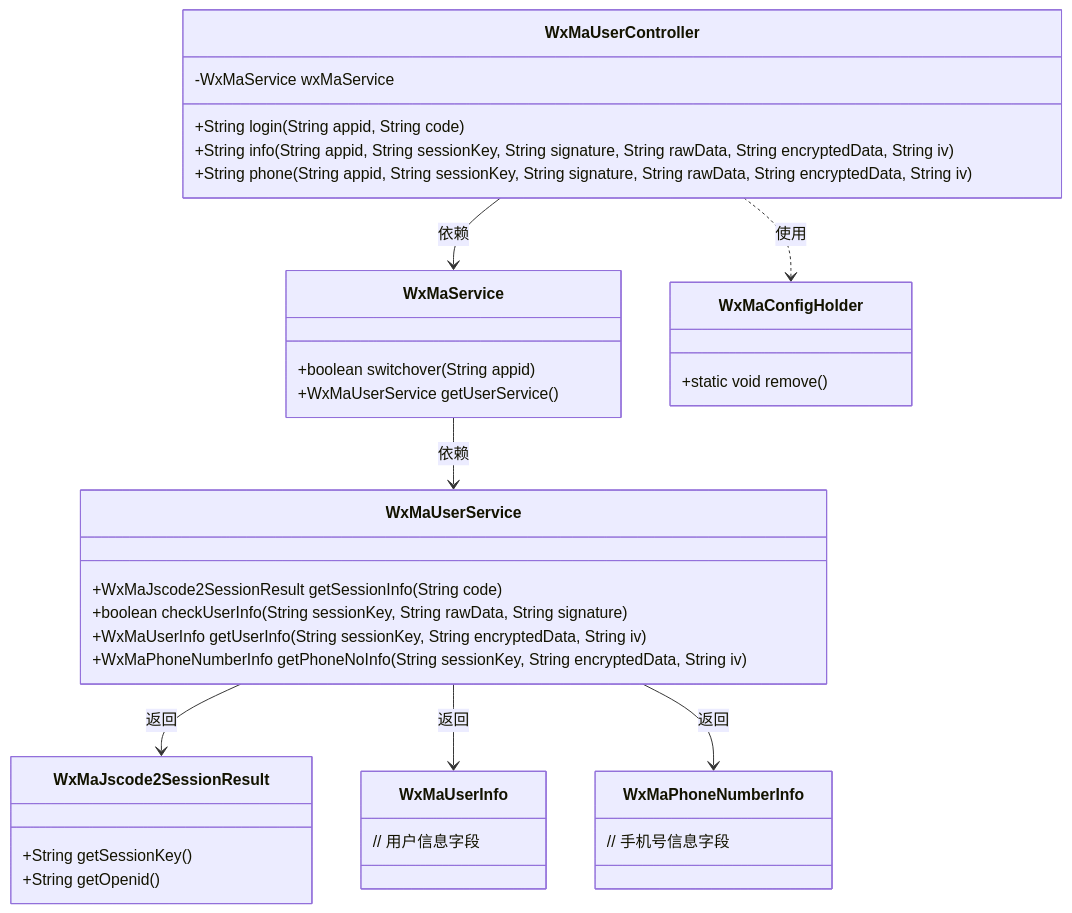
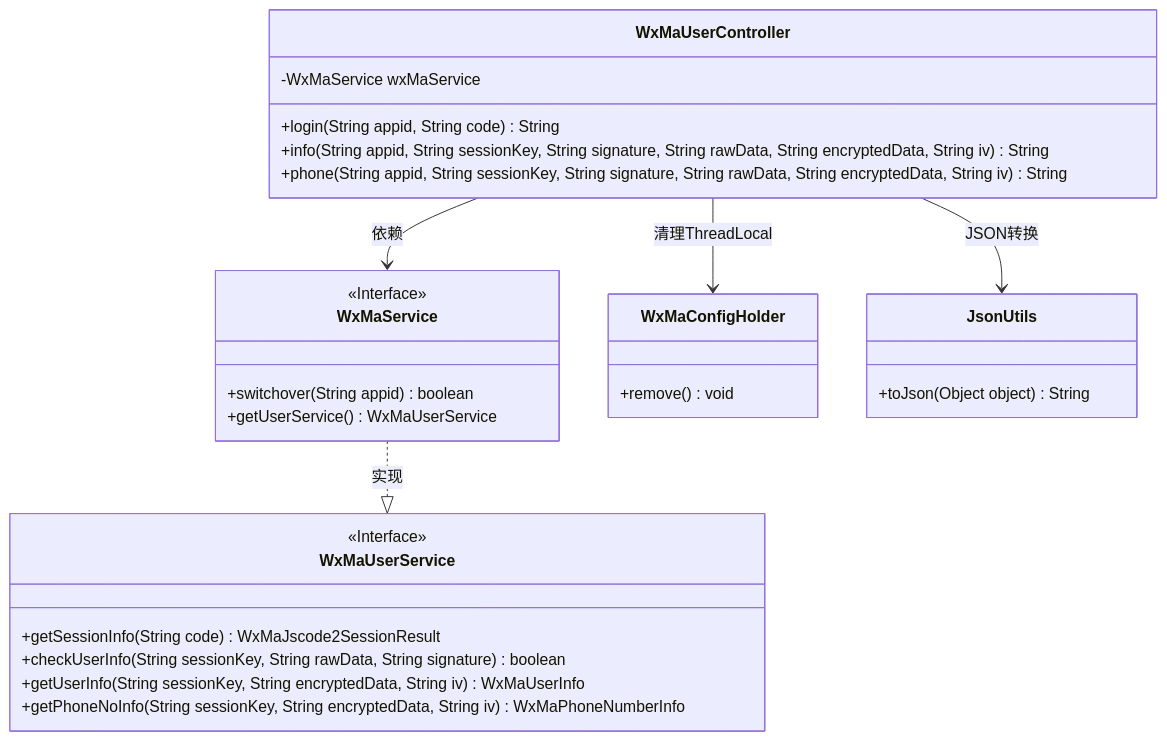
One commit to v-wjrong/rongwj666_weixin-java-miniapp-demo changed the first of 3 diagrams in docs/zh/docs/src/main/java/com/github/binarywang/demo/wx/miniapp/controller/WxMaUserController.md. Above: the diagram before and after it, drawn with Mermaid. The commit also changed other lines of this file and 47 other files, not shown here.

````diff
--- a/docs/zh/docs/src/main/java/com/github/binarywang/demo/wx/miniapp/controller/WxMaUserController.md
+++ b/docs/zh/docs/src/main/java/com/github/binarywang/demo/wx/miniapp/controller/WxMaUserController.md
@@ -36,45 +36,36 @@
 ```mermaid
 classDiagram
     class WxMaUserController {
         -WxMaService wxMaService
-        +String login(String appid, String code)
-        +String info(String appid, String sessionKey, String signature, String rawData, String encryptedData, String iv)
-        +String phone(String appid, String sessionKey, String signature, String rawData, String encryptedData, String iv)
+        +login(String appid, String code) String
+        +info(String appid, String sessionKey, String signature, String rawData, String encryptedData, String iv) String
+        +phone(String appid, String sessionKey, String signature, String rawData, String encryptedData, String iv) String
     }
 
     class WxMaService {
-        +boolean switchover(String appid)
-        +WxMaUserService getUserService()
+        <<Interface>>
+        +switchover(String appid) boolean
+        +getUserService() WxMaUserService
     }
 
     class WxMaUserService {
-        +WxMaJscode2SessionResult getSessionInfo(String code)
-        +boolean checkUserInfo(String sessionKey, String rawData, String signature)
-        +WxMaUserInfo getUserInfo(String sessionKey, String encryptedData, String iv)
-        +WxMaPhoneNumberInfo getPhoneNoInfo(String sessionKey, String encryptedData, String iv)
-    }
-
-    class WxMaJscode2SessionResult {
-        +String getSessionKey()
-        +String getOpenid()
-    }
-
-    class WxMaUserInfo {
-        // 用户信息字段
-    }
-
-    class WxMaPhoneNumberInfo {
-        // 手机号信息字段
+        <<Interface>>
+        +getSessionInfo(String code) WxMaJscode2SessionResult
+        +checkUserInfo(String sessionKey, String rawData, String signature) boolean
+        +getUserInfo(String sessionKey, String encryptedData, String iv) WxMaUserInfo
+        +getPhoneNoInfo(String sessionKey, String encryptedData, String iv) WxMaPhoneNumberInfo
     }
 
     class WxMaConfigHolder {
-        +static void remove()
+        +remove() void
+    }
+
+    class JsonUtils {
+        +toJson(Object object) String
     }
 
     WxMaUserController --> WxMaService : 依赖
-    WxMaService --> WxMaUserService : 依赖
-    WxMaUserService --> WxMaJscode2SessionResult : 返回
-    WxMaUserService --> WxMaUserInfo : 返回
-    WxMaUserService --> WxMaPhoneNumberInfo : 返回
-    WxMaUserController ..> WxMaConfigHolder : 使用
+    WxMaUserController --> WxMaConfigHolder : 清理ThreadLocal
+    WxMaUserController --> JsonUtils : JSON转换
+    WxMaService ..|> WxMaUserService : 实现
 ```
````
